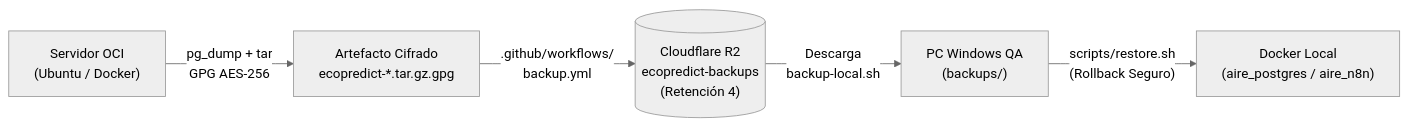
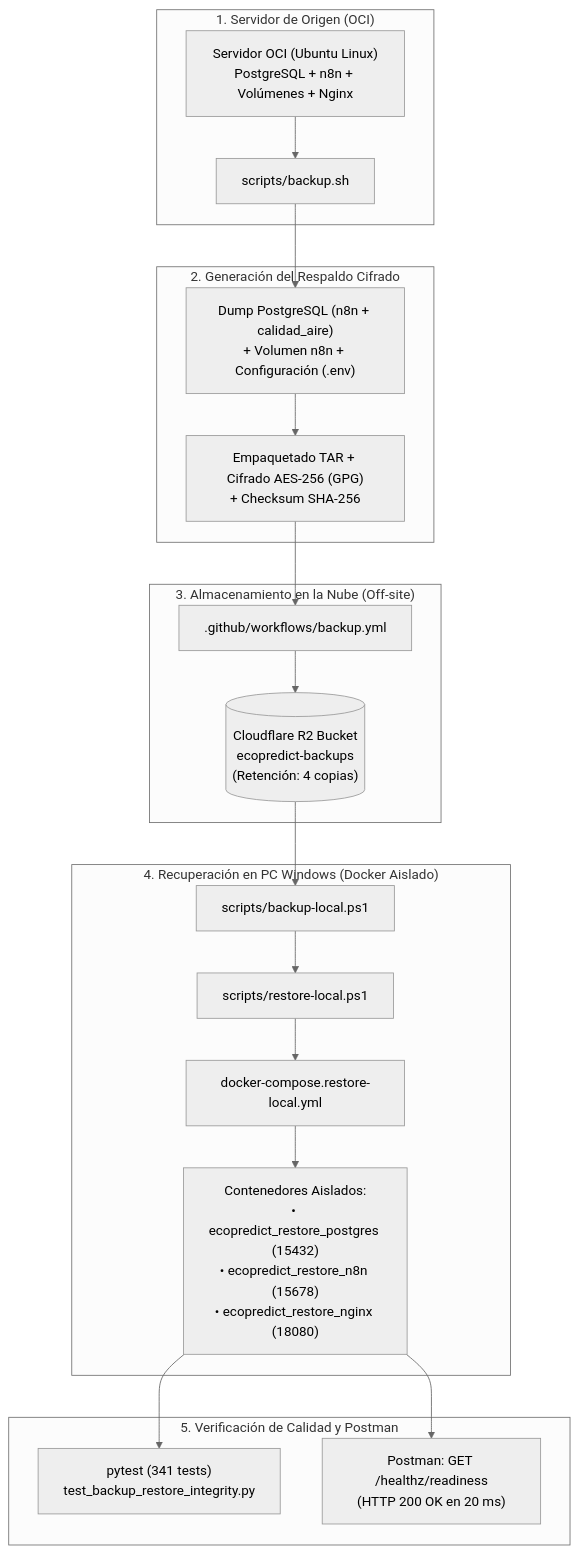
The diagram in docs/qa/sprint4/informe_tecnico_disaster_recovery_backup_qa_usmp.md (CarlosChDev/Grupo1_EcoPredict-NLQ), drawn with Mermaid (neutral theme) before and after one commit. The commit also changed other lines of this file, not shown here.

Commit message:
docs(qa): actualizar informe de disaster recovery con 6 dificultades tecnicas y validacion postman

````diff
--- a/docs/qa/sprint4/informe_tecnico_disaster_recovery_backup_qa_usmp.md
+++ b/docs/qa/sprint4/informe_tecnico_disaster_recovery_backup_qa_usmp.md
@@ -145,7 +152,35 @@
 ```mermaid
-flowchart LR
-    A["Servidor OCI<br>(Ubuntu / Docker)"] -->|"pg_dump + tar<br>GPG AES-256"| B["Artefacto Cifrado<br>ecopredict-*.tar.gz.gpg"]
-    B -->|".github/workflows/<br>backup.yml"| C[("Cloudflare R2<br>ecopredict-backups<br>(Retención 4)")]
-    C -->|"Descarga<br>backup-local.sh"| D["PC Windows QA<br>(backups/)"]
-    D -->|"scripts/restore.sh<br>(Rollback Seguro)"| E["Docker Local<br>(aire_postgres / aire_n8n)"]
+flowchart TD
+    subgraph Origen ["1. Servidor de Origen (OCI)"]
+        OCI["Servidor OCI (Ubuntu Linux)<br>PostgreSQL + n8n + Volúmenes + Nginx"]
+        SCRIPT_B["scripts/backup.sh"]
+        OCI --> SCRIPT_B
+    end
+
+    subgraph Generacion ["2. Generación del Respaldo Cifrado"]
+        DUMP["Dump PostgreSQL (n8n + calidad_aire)<br>+ Volumen n8n + Configuración (.env)"]
+        ENC["Empaquetado TAR + Cifrado AES-256 (GPG)<br>+ Checksum SHA-256"]
+        SCRIPT_B --> DUMP --> ENC
+    end
+
+    subgraph Nube ["3. Almacenamiento en la Nube (Off-site)"]
+        GHA[".github/workflows/backup.yml"]
+        R2[("Cloudflare R2 Bucket<br>ecopredict-backups<br>(Retención: 4 copias)")]
+        ENC --> GHA --> R2
+    end
+
+    subgraph Local ["4. Recuperación en PC Windows (Docker Aislado)"]
+        PS_B["scripts/backup-local.ps1"]
+        PS_R["scripts/restore-local.ps1"]
+        COMPOSE["docker-compose.restore-local.yml"]
+        DOCKER["Contenedores Aislados:<br>• ecopredict_restore_postgres (15432)<br>• ecopredict_restore_n8n (15678)<br>• ecopredict_restore_nginx (18080)"]
+        R2 --> PS_B --> PS_R --> COMPOSE --> DOCKER
+    end
+
+    subgraph QA ["5. Verificación de Calidad y Postman"]
+        PYTEST["pytest (341 tests)<br>test_backup_restore_integrity.py"]
+        POSTMAN["Postman: GET /healthz/readiness<br>(HTTP 200 OK en 20 ms)"]
+        DOCKER --> PYTEST
+        DOCKER --> POSTMAN
+    end
 ```
````
